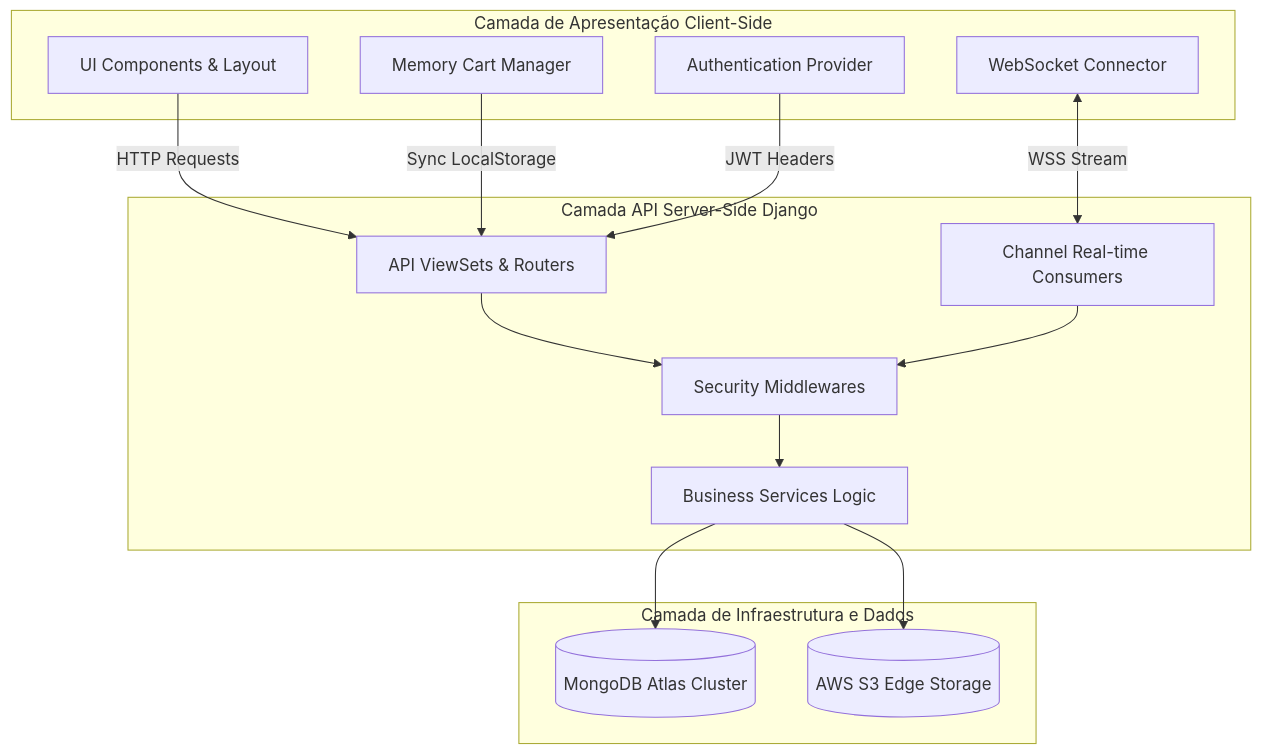
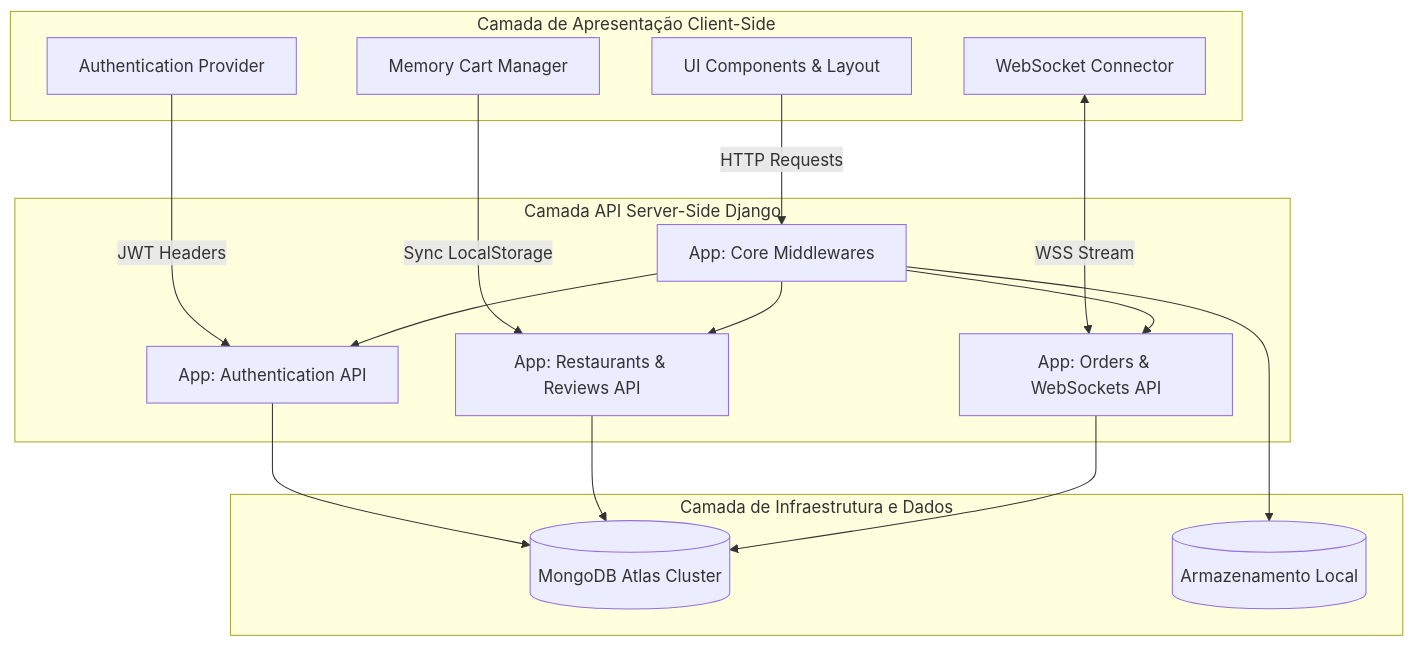
Before and after one commit to pedroprobst/cardapio_fabio: the first of 2 diagrams in docs/08-diagrama-de-componentes.md, drawn with Mermaid. The commit also changed other lines of this file and 10 other files, not shown here.

````diff
--- a/docs/08-diagrama-de-componentes.md
+++ b/docs/08-diagrama-de-componentes.md
@@ -20,37 +20,40 @@
 ```mermaid
 graph TD
     %% Agrupamento Frontend
     subgraph Frontend [Camada de Apresentação Client-Side]
         UI[UI Components & Layout]
         CM[Memory Cart Manager]
         WC[WebSocket Connector]
         AC[Authentication Provider]
     end
 
     %% Agrupamento Backend
     subgraph Backend [Camada API Server-Side Django]
-        V[API ViewSets & Routers]
-        S[Business Services Logic]
-        W[Channel Real-time Consumers]
-        M[Security Middlewares]
+        Auth[App: Authentication API]
+        Rest[App: Restaurants & Reviews API]
+        Ord[App: Orders & WebSockets API]
+        Core[App: Core Middlewares]
     end
 
     %% Agrupamento Dados
     subgraph Data [Camada de Infraestrutura e Dados]
         DB[(MongoDB Atlas Cluster)]
-        S3[(AWS S3 Edge Storage)]
+        Storage[(Armazenamento Local)]
     end
 
     %% Conexões
-    UI -->|HTTP Requests| V
-    CM -->|Sync LocalStorage| V
-    AC -->|JWT Headers| V
-    WC <-->|WSS Stream| W
+    UI -->|HTTP Requests| Core
+    CM -->|Sync LocalStorage| Rest
+    AC -->|JWT Headers| Auth
+    WC <-->|WSS Stream| Ord
 
-    V --> M
-    W --> M
-    M --> S
+    Core --> Auth
+    Core --> Rest
+    Core --> Ord
 
-    S --> DB
-    S --> S3
+    Auth --> DB
+    Rest --> DB
+    Ord --> DB
+
+    Core --> Storage
 ```
````
